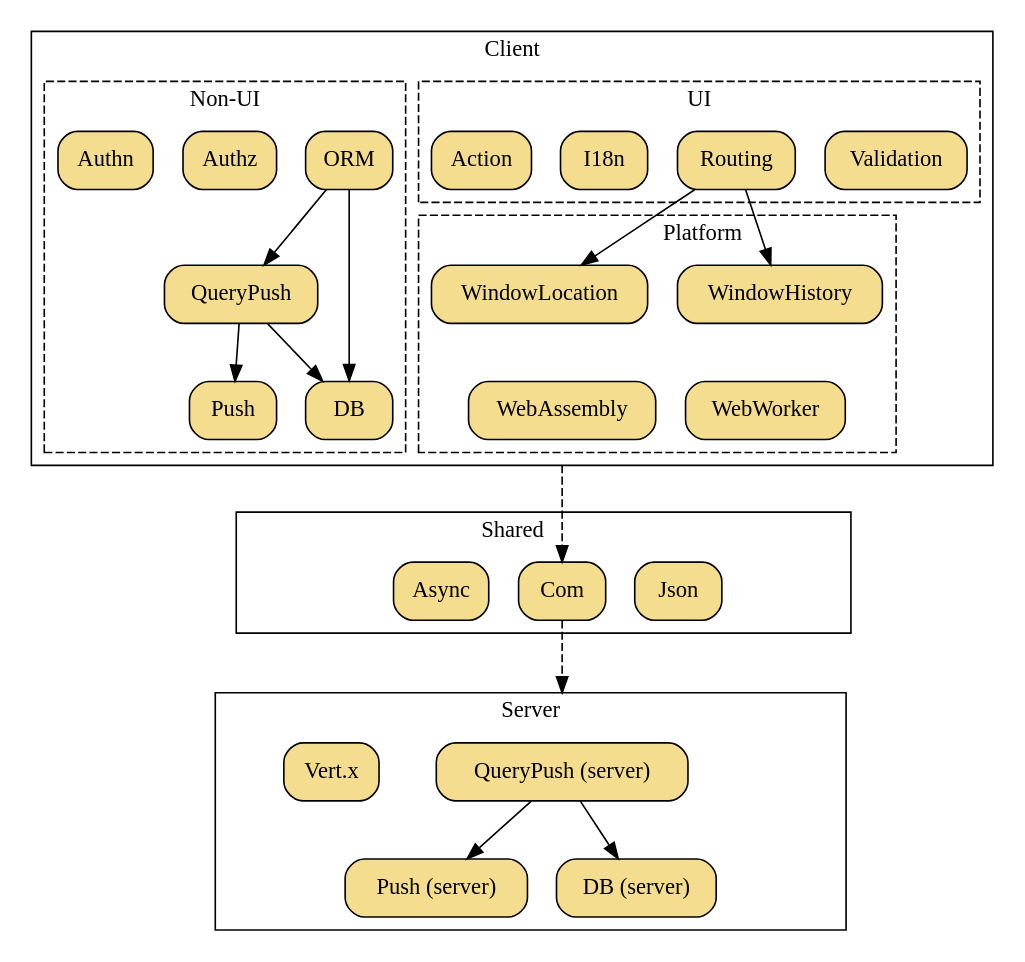
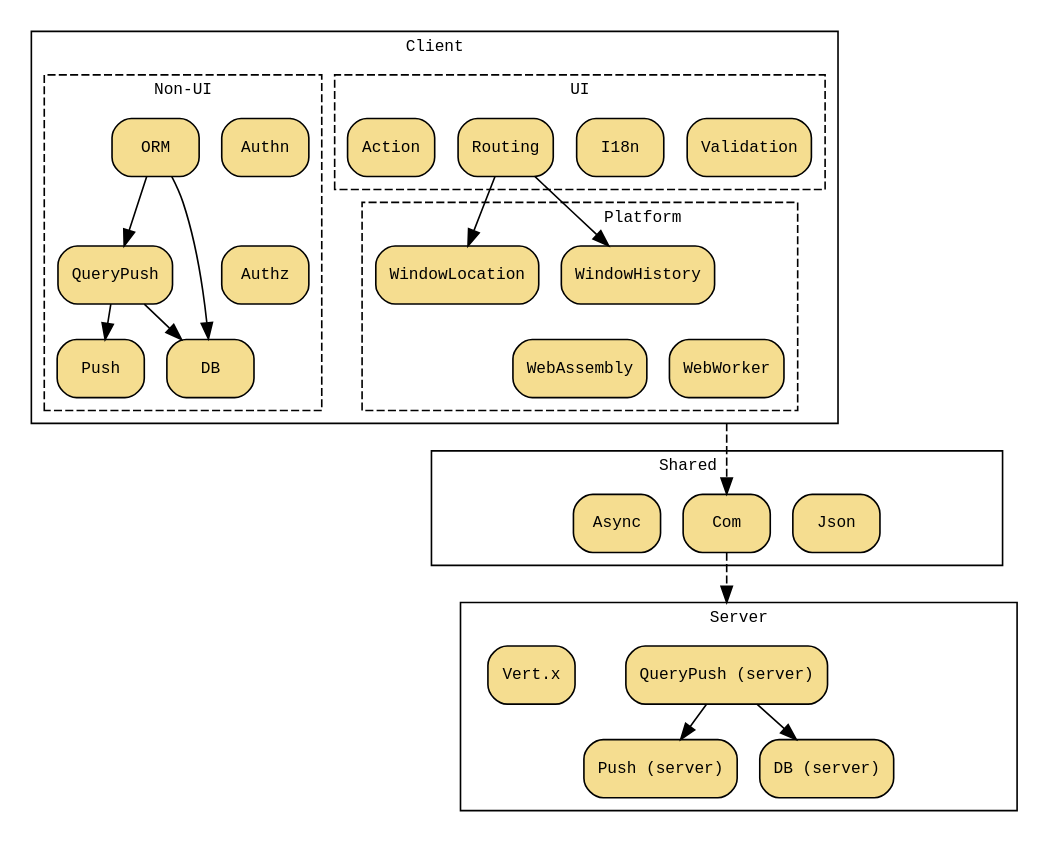
One commit to webfx-project/webfx-docs changed the diagram in src/main/asciidoc/webfx-stack/webfx-stack.adoc. Above: the diagram before and after it, drawn with Graphviz.

Commit message:
Changed graphviz font to monospace and made other minor changes

```diff
--- a/src/main/asciidoc/webfx-stack/webfx-stack.adoc
+++ b/src/main/asciidoc/webfx-stack/webfx-stack.adoc
@@ -3,8 +3,8 @@
 [graphviz, webfx-stack, format=svg]
 ----
 digraph D {
-    graph [compound=true];
-    node [shape="rectangle", style="rounded,filled", fillcolor="#f5dd90"];
+    graph [compound=true, ranksep=0.3, nodesep=0.2, fontname=monospace, fontsize=10];
+    node [shape="rectangle", style="rounded,filled", fillcolor="#f5dd90", fontname=monospace, fontsize=10];
 
     subgraph cluster_C {
         label = "Client";
@@ -17,7 +17,7 @@
             Validation
             Action
             {rank=same Action I18n Validation Routing}
-            Action -> I18n -> Routing [style=invis]
+            Action -> Routing -> I18n [style=invis]
         }
 
         subgraph cluster_NUI {
@@ -29,7 +29,8 @@
             ORM
             Push
             QueryPush
-            {rank=same ORM Authz Authn}
+            {rank=same Authn ORM}
+            {rank=same Authz QueryPush}
             {rank=same Push DB}
             Authn -> Authz -> ORM [style=invis]
             Push -> DB [style=invis]
@@ -37,24 +38,26 @@
 
         subgraph cluster_P {
             style = "dashed";
-            label = "                 Platform";
+            label = "              Platform";
+            WindowHistory
+            WindowLocation
+            PBR [label="PBRRRRRRR",style=invis]
             WebAssembly
             WebWorker
-            WindowHistory
-            WindowLocation
             {rank=same WindowHistory WindowLocation}
-            {rank=same WebAssembly WebWorker}
+            {rank=same PBR WebAssembly WebWorker}
+            PBR -> WebAssembly -> WebWorker [style=invis]
         }
 
     }
 
     subgraph cluster_SHR {
-        label = "Shared           ";
-        L [label="LLLLLL",style=invis]
+        label = "Shared      ";
+        L [label="LLLLLLLL",style=invis]
         Async
         Com
         Json
-        R [style=invis]
+        R [label="",style=invis]
         {rank=same L Async Json Com R}
         L -> Async -> Com -> Json -> R [style=invis]
     }
@@ -87,9 +90,7 @@
     QueryPush -> Push
     QueryPush -> DB
 
-    WebWorker -> Json [style=invis]
-    DB -> Async [style=invis]
-    WebAssembly -> Com [ltail=cluster_C,style=dashed,minlen=2,constraint=true]
+    WebWorker -> Com [ltail=cluster_C,style=dashed,minlen=2,constraint=true]
     Com -> QueryPushS [lhead=cluster_S,style=dashed,minlen=2,constraint=true]
 
     QueryPushS -> PushS
```
